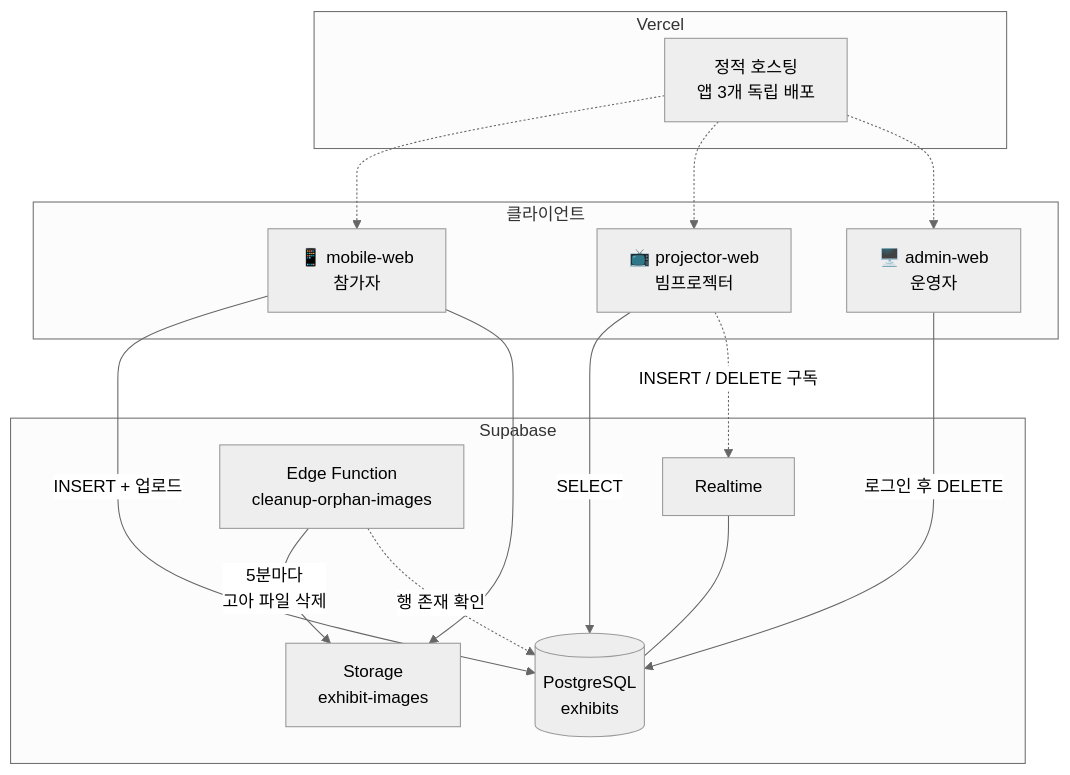
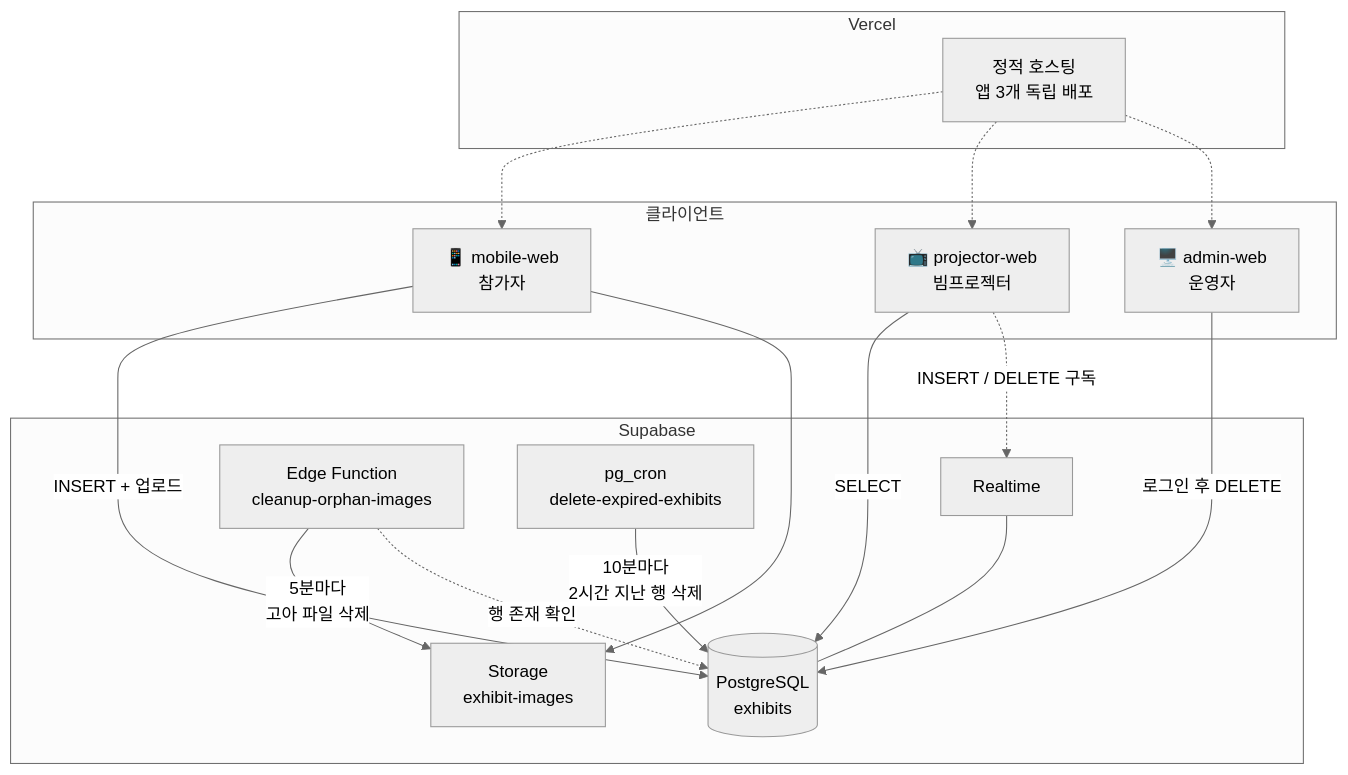
One commit to kingkiboots/glimpse-of-epiphany changed the first of 5 diagrams in README.md. Above: the diagram before and after it, drawn with Mermaid (neutral theme). The commit also changed other lines of this file and 11 other files, not shown here.

````diff
--- a/README.md
+++ b/README.md
@@ -72,33 +72,35 @@
 ```mermaid
 graph TB
     subgraph clients["클라이언트"]
         M["📱 mobile-web<br/>참가자"]
         P["📺 projector-web<br/>빔프로젝터"]
         A["🖥️ admin-web<br/>운영자"]
     end
 
     subgraph vercel["Vercel"]
         CDN["정적 호스팅<br/>앱 3개 독립 배포"]
     end
 
     subgraph supabase["Supabase"]
         DB[("PostgreSQL<br/>exhibits")]
         ST["Storage<br/>exhibit-images"]
         RT["Realtime"]
         EF["Edge Function<br/>cleanup-orphan-images"]
+        CR["pg_cron<br/>delete-expired-exhibits"]
     end
 
     M -->|"INSERT + 업로드"| DB
     M --> ST
     P -->|"SELECT"| DB
     P -.->|"INSERT / DELETE 구독"| RT
     A -->|"로그인 후 DELETE"| DB
 
     RT --- DB
+    CR -->|"10분마다<br/>2시간 지난 행 삭제"| DB
     EF -->|"5분마다<br/>고아 파일 삭제"| ST
     EF -.->|"행 존재 확인"| DB
 
     CDN -.-> M
     CDN -.-> P
     CDN -.-> A
 ```
````
